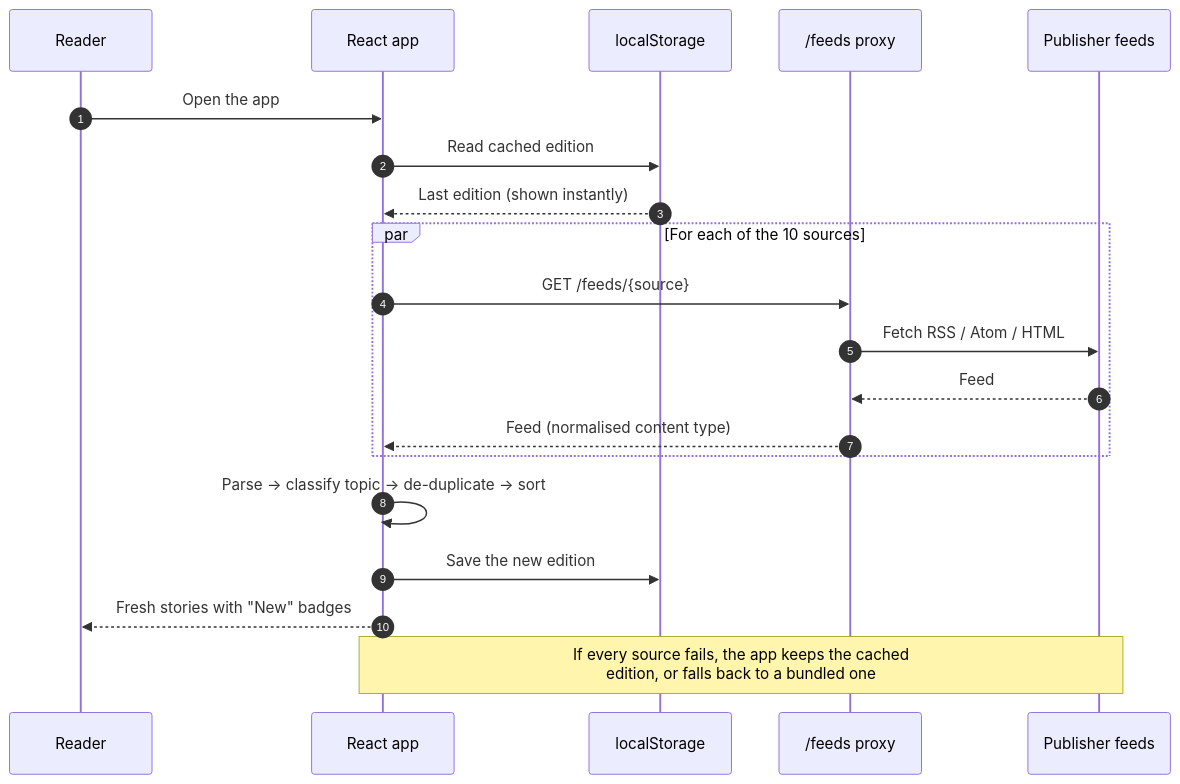
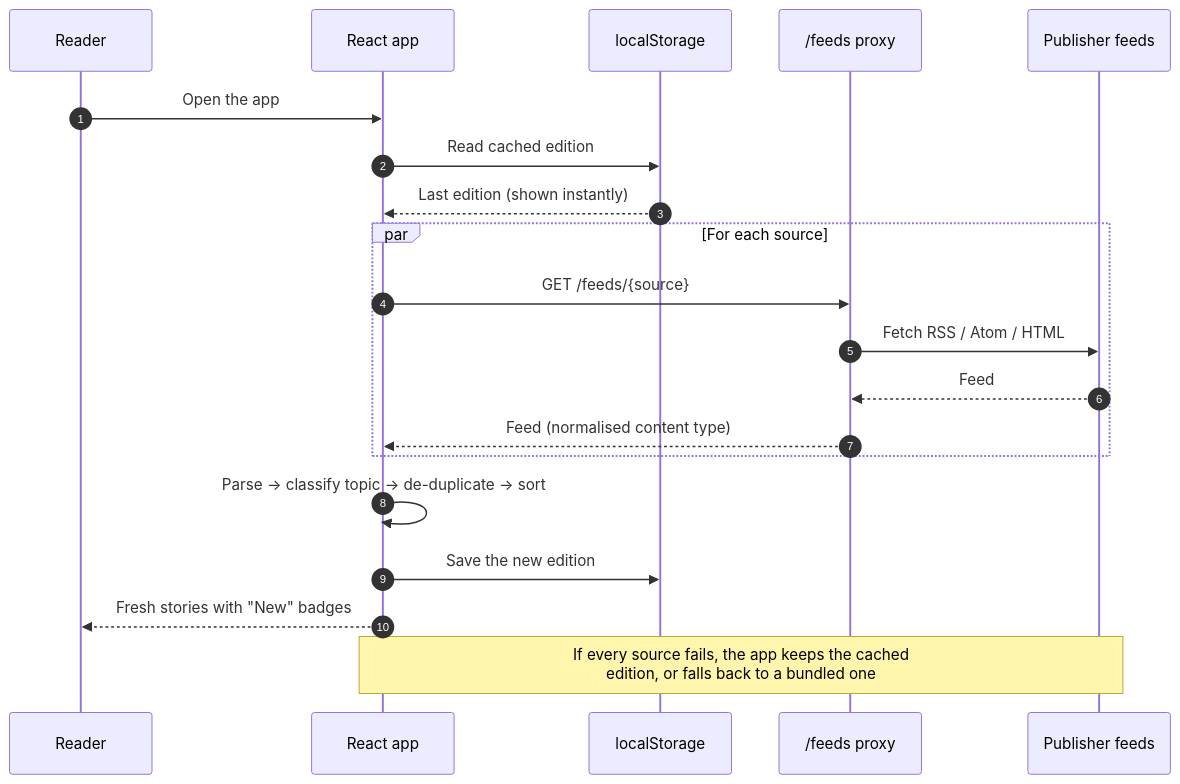
Before and after one commit to RoshanMali1205/ai-hunter-news: the second of 6 diagrams in README.md, drawn with Mermaid. The commit also changed other lines of this file and 10 other files, not shown here.

````diff
--- a/README.md
+++ b/README.md
@@ -138,23 +138,23 @@
 ```mermaid
 sequenceDiagram
     autonumber
     participant U as Reader
     participant App as React app
     participant LS as localStorage
     participant P as /feeds proxy
     participant F as Publisher feeds
 
     U->>App: Open the app
     App->>LS: Read cached edition
     LS-->>App: Last edition (shown instantly)
-    par For each of the 10 sources
+    par For each source
         App->>P: GET /feeds/{source}
         P->>F: Fetch RSS / Atom / HTML
         F-->>P: Feed
         P-->>App: Feed (normalised content type)
     end
     App->>App: Parse → classify topic → de-duplicate → sort
     App->>LS: Save the new edition
     App-->>U: Fresh stories with "New" badges
     Note over App,F: If every source fails, the app keeps the cached<br/>edition, or falls back to a bundled one
 ```
````
